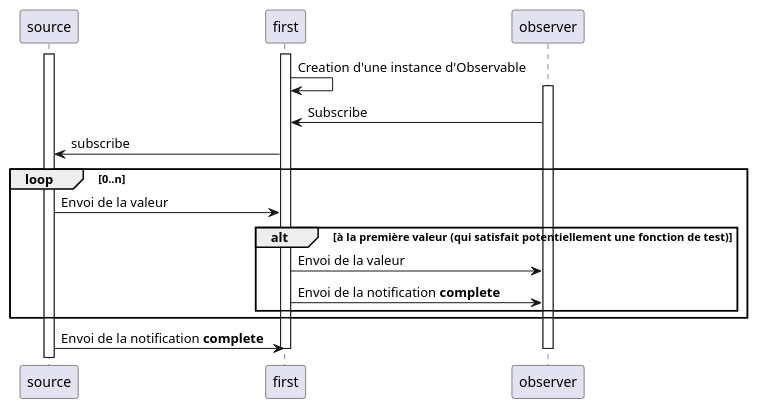
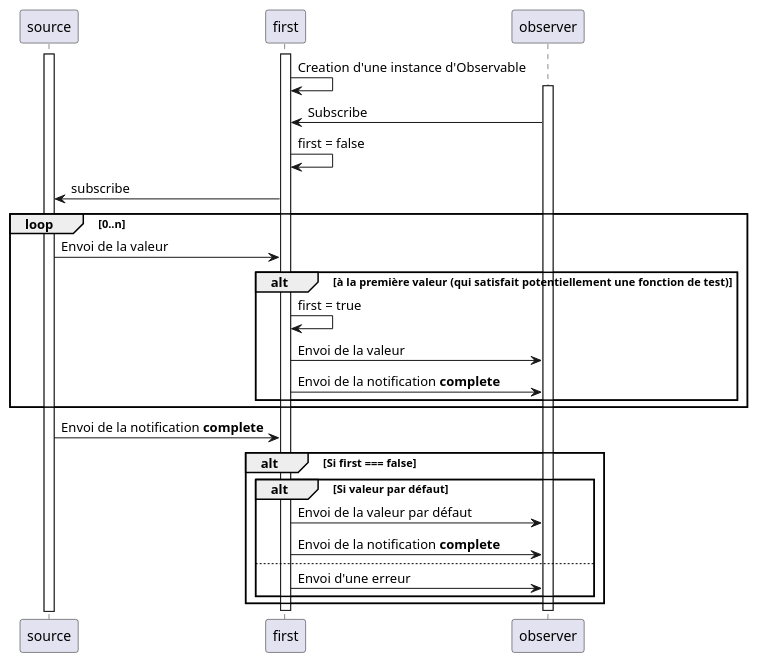
Before and after one commit to cedriclecocq/rxjs-exemple: the diagram in filtering/first/first.puml, drawn with PlantUML. The commit also changed 4 other files, not shown here.

```diff
--- a/filtering/first/first.puml
+++ b/filtering/first/first.puml
@@ -1,19 +1,30 @@
 @startuml
 activate source
 activate first
 first -> first : Creation d'une instance d'Observable
 activate observer
 observer -> first : Subscribe
+first -> first : first = false
 first -> source : subscribe
 loop 0..n
   source -> first : Envoi de la valeur
   alt à la première valeur (qui satisfait potentiellement une fonction de test)
+    first -> first : first = true
     first -> observer : Envoi de la valeur
     first -> observer : Envoi de la notification **complete**
   end
 end
 source -> first : Envoi de la notification **complete**
+alt Si first === false
+  alt Si valeur par défaut
+    first -> observer : Envoi de la valeur par défaut
+    first -> observer : Envoi de la notification **complete**
+  else
+    first -> observer : Envoi d'une erreur
+  end
+end
+
 
 deactivate first
 deactivate observer
 @enduml
```
